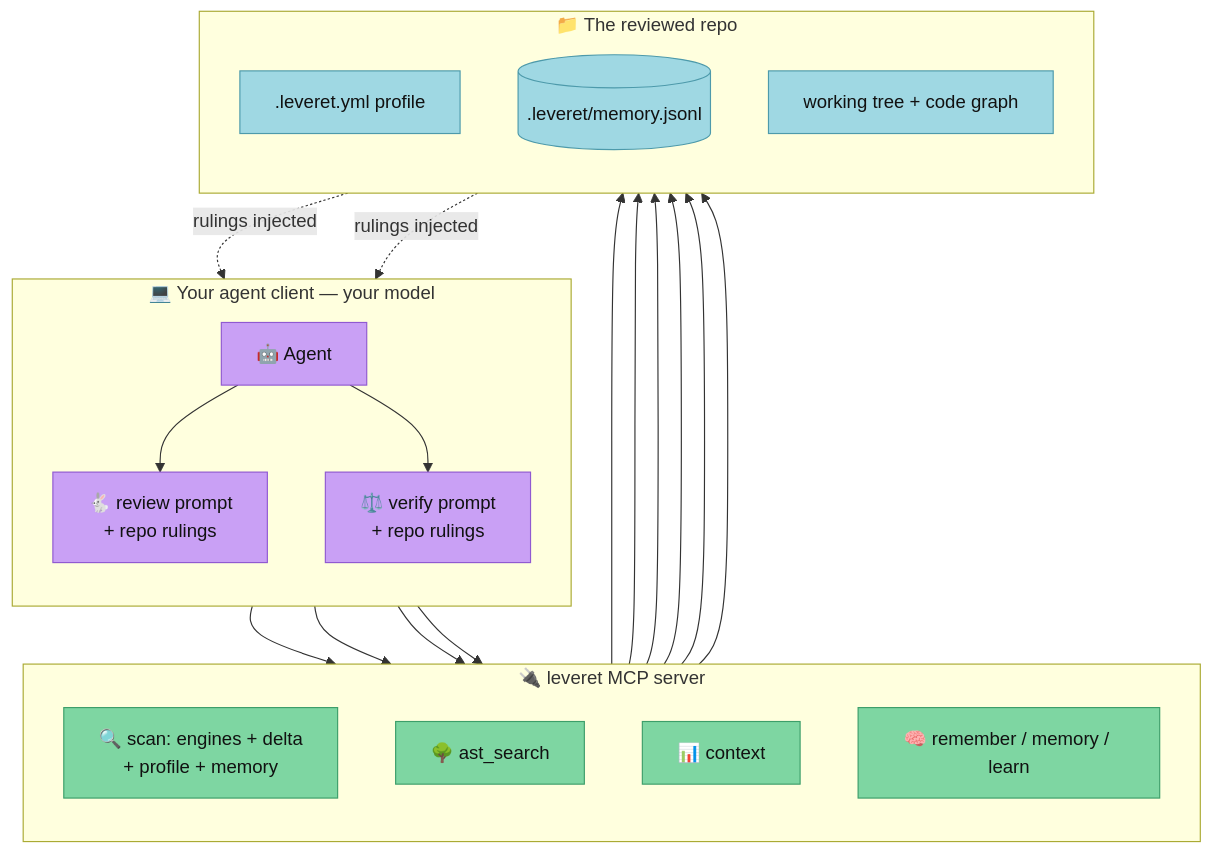
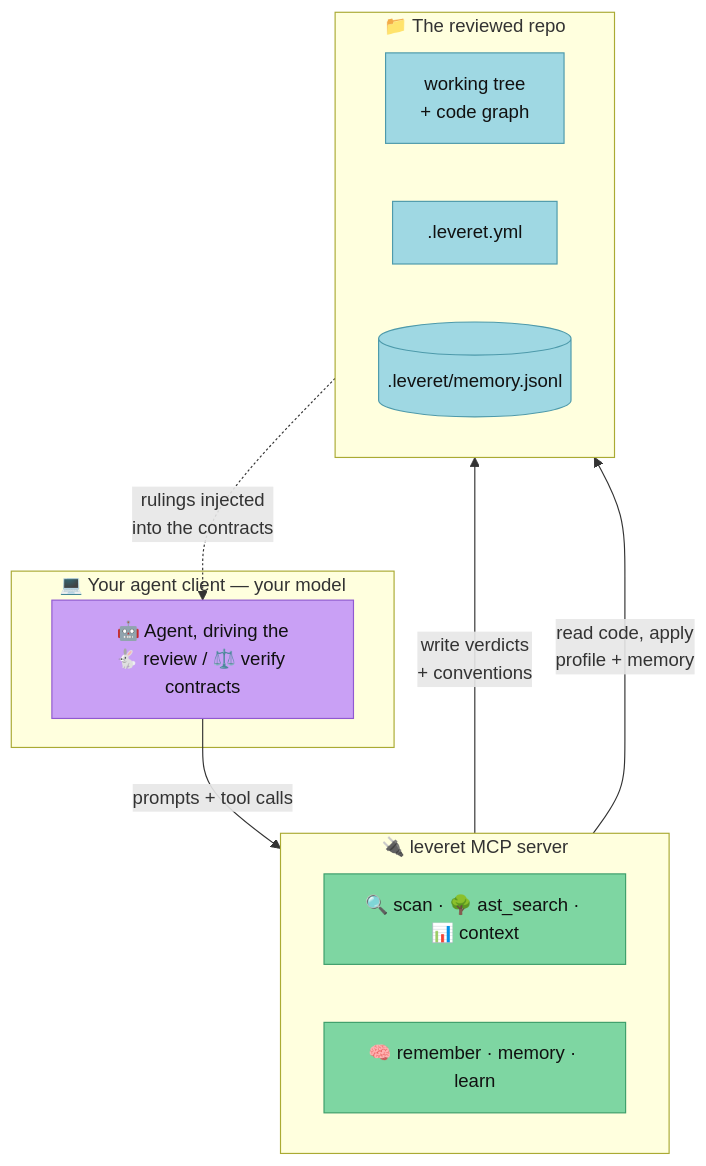
The diagram in docs/interactive.md (andrebrait/leveret), drawn with Mermaid before and after one commit.

Commit message:
docs: interactive diagram shows relationships, not one arrow per tool call

````diff
--- a/docs/interactive.md
+++ b/docs/interactive.md
@@ -33,36 +33,27 @@
 ```mermaid
 flowchart TD
     subgraph client["💻 Your agent client — your model"]
-        direction TB
-        A["🤖 Agent"]:::agent
-        RP["🐇 review prompt<br>+ repo rulings"]:::agent
-        VP["⚖️ verify prompt<br>+ repo rulings"]:::agent
+        A["🤖 Agent, driving the<br>🐇 review / ⚖️ verify contracts"]:::agent
     end
 
     subgraph mcp["🔌 leveret MCP server"]
-        direction TB
-        SCAN["🔍 scan: engines + delta<br>+ profile + memory"]:::core
-        AST["🌳 ast_search"]:::core
-        CTX["📊 context"]:::core
-        MEM["🧠 remember / memory / learn"]:::core
+        direction LR
+        TOOLS["🔍 scan · 🌳 ast_search · 📊 context"]:::core
+        MEM["🧠 remember · memory · learn"]:::core
     end
 
     subgraph repo["📁 The reviewed repo"]
-        direction TB
-        PROF[".leveret.yml profile"]:::store
+        direction LR
+        CODE["working tree<br>+ code graph"]:::store
+        PROF[".leveret.yml"]:::store
         STORE[(".leveret/memory.jsonl")]:::store
-        CODE["working tree + code graph"]:::store
     end
 
-    A --> RP & VP
-    A --> SCAN --> CODE
-    SCAN --> PROF & STORE
-    A --> AST & CTX --> CODE
-    A --> MEM --> STORE
-    STORE -. rulings injected .-> RP & VP
-    classDef gh fill:#6ea8fe,stroke:#3d6fd9,color:#111
-    classDef tun fill:#ffc86b,stroke:#cc8f22,color:#111
+    A -- "prompts + tool calls" --> mcp
+    TOOLS -- "read code, apply<br>profile + memory" --> repo
+    MEM -- "write verdicts<br>+ conventions" --> STORE
+    STORE -. "rulings injected<br>into the contracts" .-> A
     classDef core fill:#7ed6a2,stroke:#3d9e6a,color:#111
     classDef agent fill:#c9a0f5,stroke:#9059d1,color:#111
     classDef store fill:#9fd8e3,stroke:#4d9aab,color:#111
 ```
````
